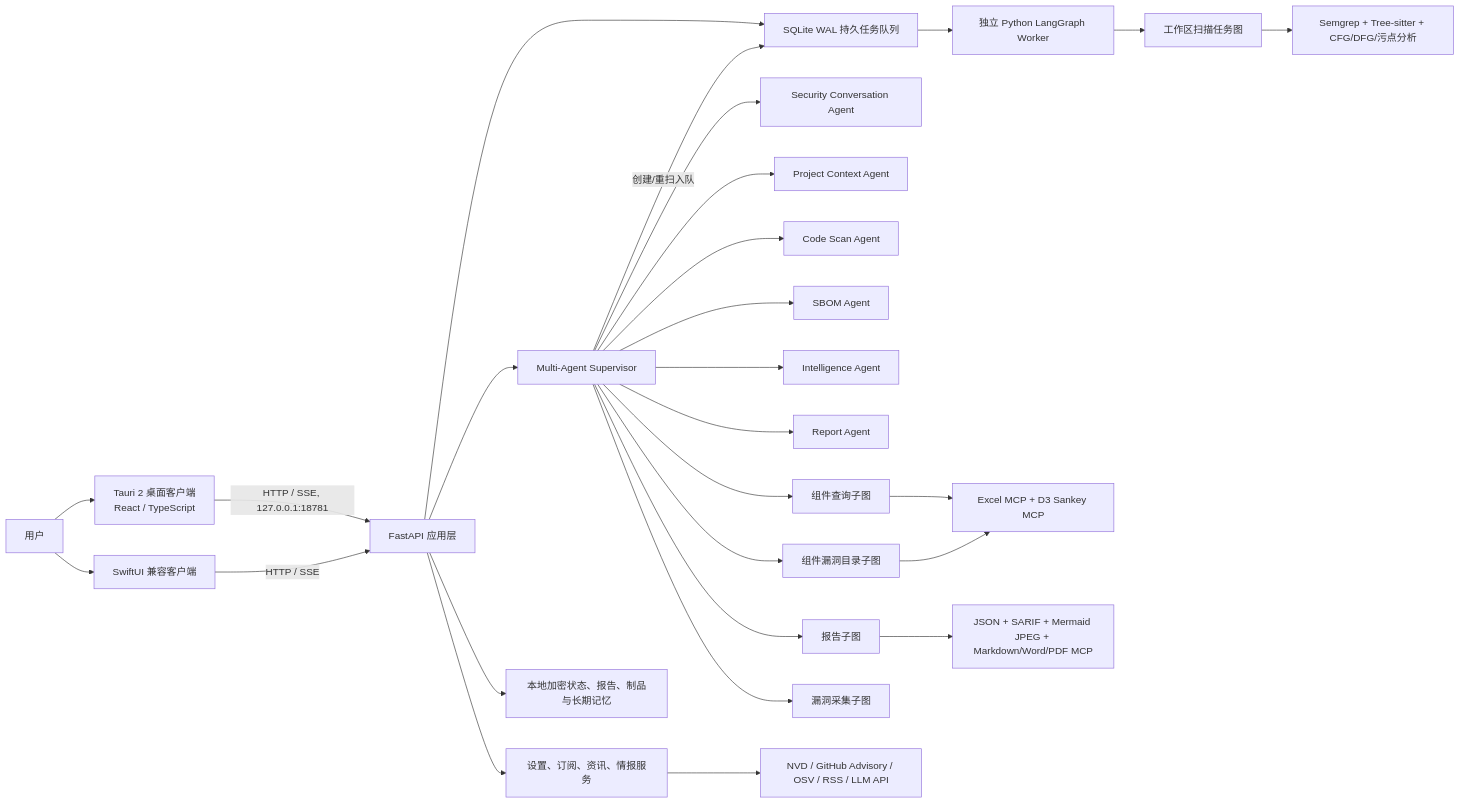
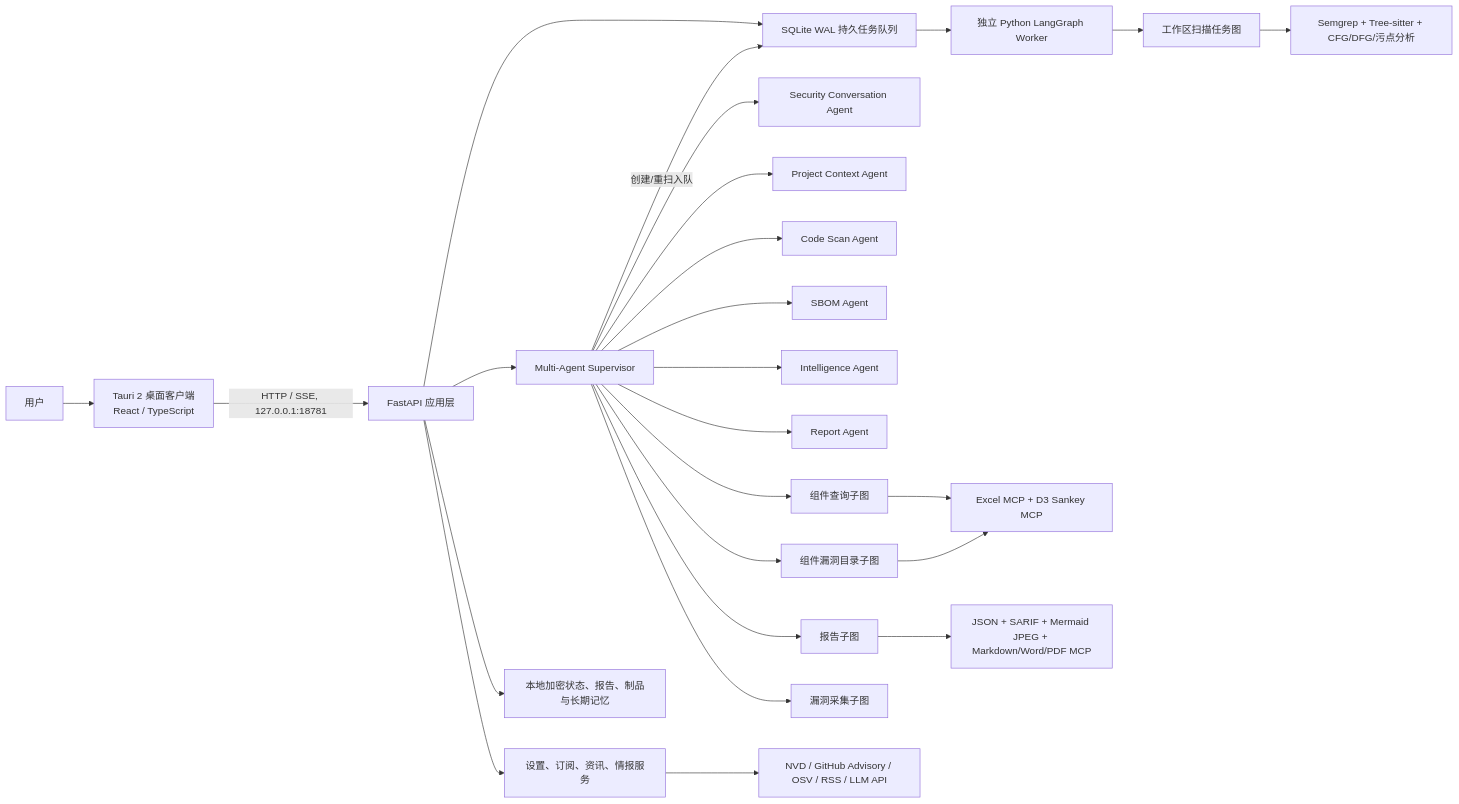
One commit to FuNianTongXue/AegisAl changed the diagram in docs/ARCHITECTURE.md. Above: the diagram before and after it, drawn with Mermaid. The commit also changed other lines of this file and 223 other files, not shown here.

````diff
--- a/docs/ARCHITECTURE.md
+++ b/docs/ARCHITECTURE.md
@@ -35,29 +35,27 @@
 ```mermaid
 flowchart LR
     U["用户"] --> M["Tauri 2 桌面客户端<br/>React / TypeScript"]
-    U --> L["SwiftUI 兼容客户端"]
     M -->|"HTTP / SSE, 127.0.0.1:18781"| A["FastAPI 应用层"]
-    L -->|"HTTP / SSE"| A
     A --> J["SQLite WAL 持久任务队列"]
     J --> W["独立 Python LangGraph Worker"]
     W --> T["工作区扫描任务图"]
     A --> G["Multi-Agent Supervisor"]
     A --> S["设置、订阅、资讯、情报服务"]
     G --> Q["Security Conversation Agent"]
     G --> PC["Project Context Agent"]
     G --> CSA["Code Scan Agent"]
     G --> SBA["SBOM Agent"]
     G --> IA["Intelligence Agent"]
     G --> RA["Report Agent"]
     G -->|"创建/重扫入队"| J
     G --> C["组件查询子图"]
     G --> CC["组件漏洞目录子图"]
     G --> R["报告子图"]
     G --> V["漏洞采集子图"]
     T --> E["Semgrep + Tree-sitter + CFG/DFG/污点分析"]
     C --> CM["Excel MCP + D3 Sankey MCP"]
     CC --> CM
     R --> RM["JSON + SARIF + Mermaid JPEG + Markdown/Word/PDF MCP"]
     A --> D["本地加密状态、报告、制品与长期记忆"]
     S --> X["NVD / GitHub Advisory / OSV / RSS / LLM API"]
 ```
````
